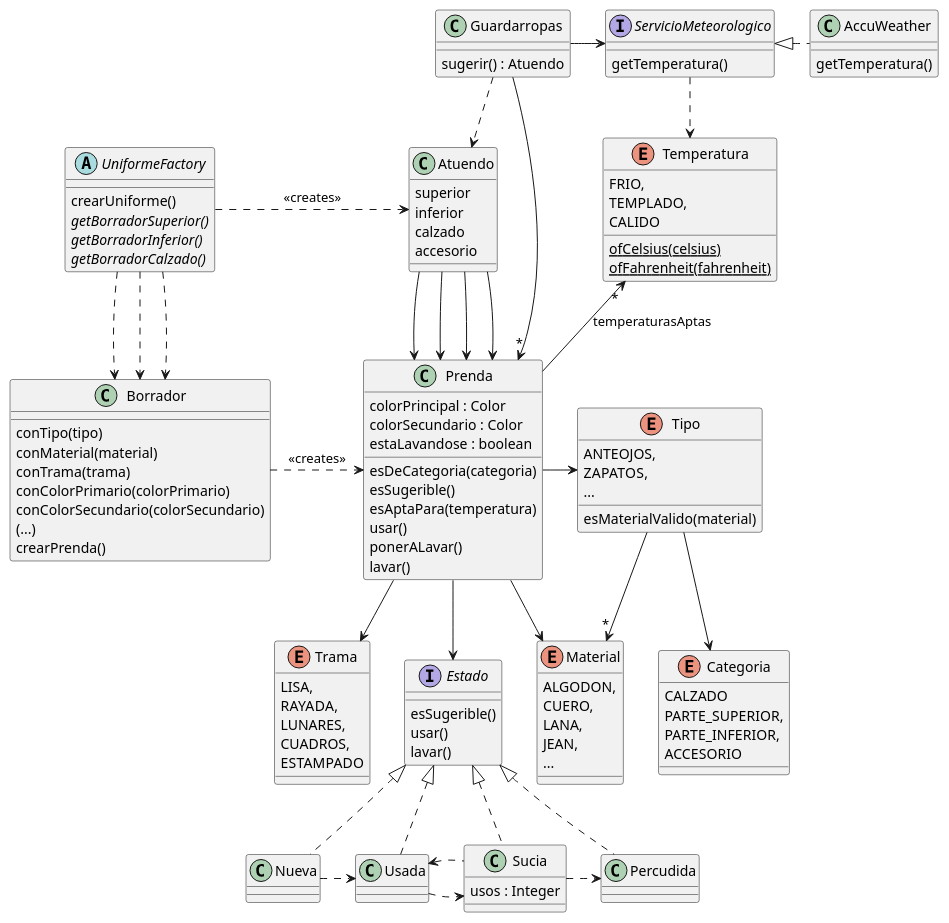
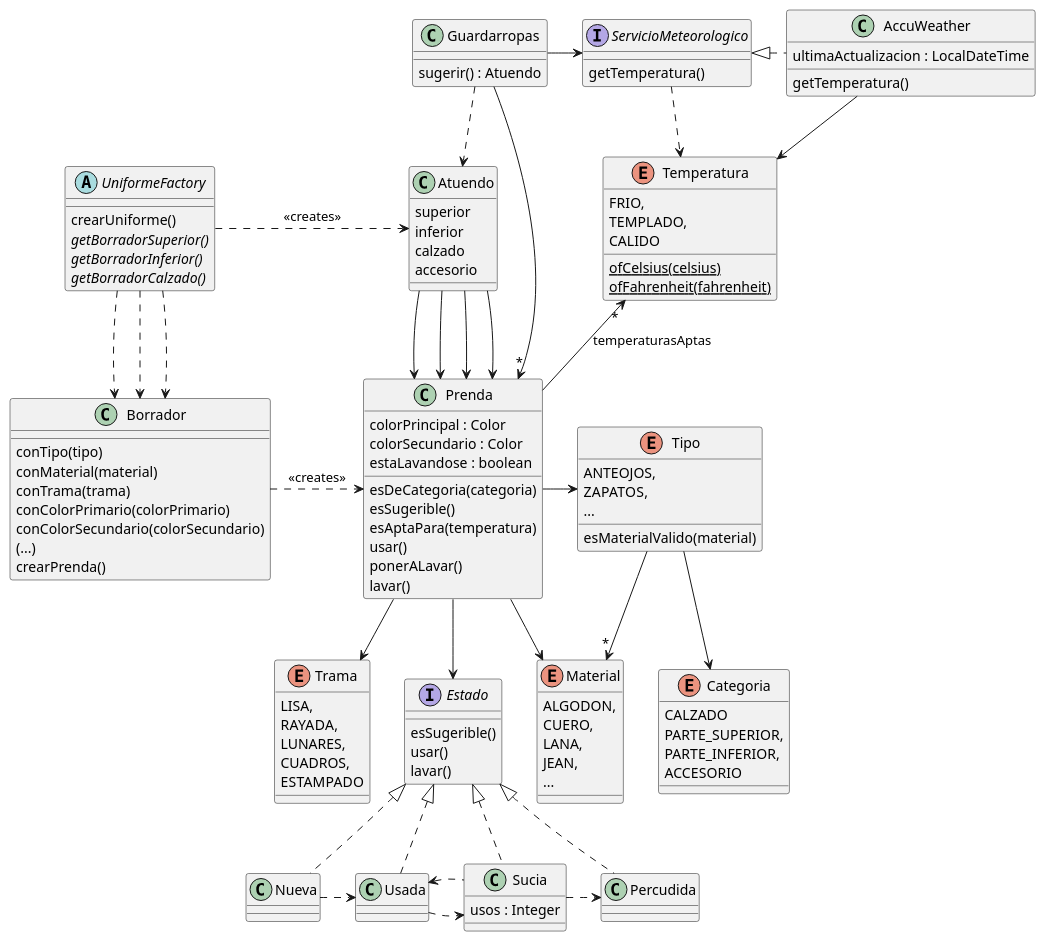
The diagram in docs/diagramas/iteracion-5.puml (RaniAgus/dds-2022), drawn with PlantUML before and after one commit. The commit also changed 5 other files, not shown here.

```diff
--- a/docs/diagramas/iteracion-5.puml
+++ b/docs/diagramas/iteracion-5.puml
@@ -1,138 +1,141 @@
 @startuml iteracion-5
 
 class Guardarropas {
   sugerir() : Atuendo
 }
 
 Guardarropas ..> Atuendo
 Guardarropas -right-> "*" Prenda
 Guardarropas -right-> ServicioMeteorologico
 
 interface ServicioMeteorologico {
     getTemperatura()
 }
 
 ServicioMeteorologico ..> Temperatura
 
 ServicioMeteorologico <|.right. AccuWeather
 
 class AccuWeather {
+    ultimaActualizacion : LocalDateTime
     getTemperatura()
 }
+
+AccuWeather --> Temperatura
 
 enum Temperatura {
     FRIO,
     TEMPLADO,
     CALIDO
     {static} ofCelsius(celsius)
     {static} ofFahrenheit(fahrenheit)
 }
 
 abstract UniformeFactory {
   crearUniforme()
   {abstract} getBorradorSuperior()
   {abstract} getBorradorInferior()
   {abstract} getBorradorCalzado()
 }
 
 UniformeFactory .right.> Atuendo : <<creates>>
 UniformeFactory ..> Borrador
 UniformeFactory ..> Borrador
 UniformeFactory ..> Borrador
 
 class Atuendo {
    superior
    inferior
    calzado
    accesorio
 }
 
 Atuendo --> Prenda
 Atuendo --> Prenda
 Atuendo --> Prenda
 Atuendo --> Prenda
 
 class Borrador {
   conTipo(tipo)
   conMaterial(material)
   conTrama(trama)
   conColorPrimario(colorPrimario)
   conColorSecundario(colorSecundario)
   (...)
   crearPrenda()
 }
 
 Borrador .right.> Prenda : <<creates>>
 
 class Prenda {
  colorPrincipal : Color
  colorSecundario : Color
  estaLavandose : boolean
  esDeCategoria(categoria)
  esSugerible()
  esAptaPara(temperatura)
  usar()
  ponerALavar()
  lavar()
 }
 
 Prenda -up-> "*" Temperatura : "temperaturasAptas"
 Prenda -right-> Tipo
 Prenda --> Material
 Prenda --> Trama
 Prenda --> Estado
 
 enum Material {
   ALGODON,
   CUERO,
   LANA,
   JEAN,
   ...
 }
 
 enum Trama {
   LISA,
   RAYADA,
   LUNARES,
   CUADROS,
   ESTAMPADO
 }
 
 enum Tipo {
   ANTEOJOS,
   ZAPATOS,
   ...
   esMaterialValido(material)
 }
 
 Tipo --> "*" Material
 Tipo --> Categoria
 
 enum Categoria {
   CALZADO
   PARTE_SUPERIOR,
   PARTE_INFERIOR,
   ACCESORIO
 }
 
 interface Estado {
  esSugerible()
  usar()
  lavar()
 }
 
 Estado <|.. Nueva
 Estado <|.. Usada
 Estado <|.. Sucia
 Estado <|.. Percudida
 
 Nueva .right.> Usada
 Usada .right.> Sucia
 Sucia .left.> Usada
 Sucia .right.> Percudida
 
 class Sucia {
   usos : Integer
 }
 
 @enduml
```
